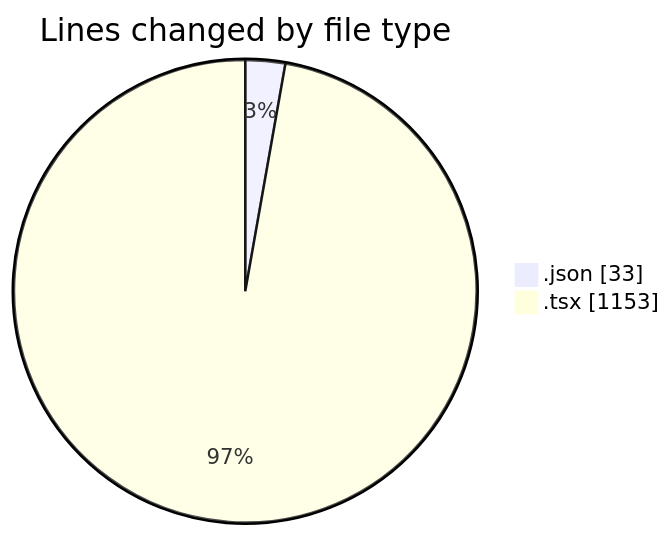
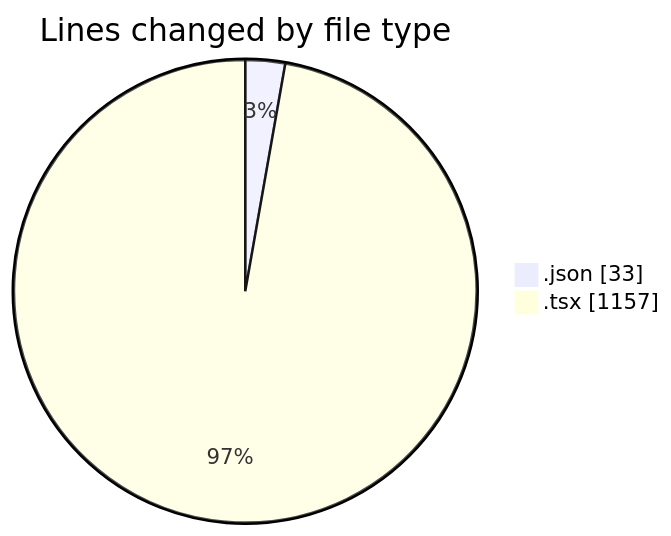
Before and after one commit to Elitesun/code-tracking: the first of 2 diagrams in 2025-03-11/projet_stage/README.md, drawn with Mermaid. The commit also changed other lines of this file and 1 other file, not shown here.

````diff
--- a/2025-03-11/projet_stage/README.md
+++ b/2025-03-11/projet_stage/README.md
@@ -30,6 +30,6 @@
 ```mermaid
 pie showData
 title Lines changed by file type
 ".json" : 33
-".tsx" : 1153
+".tsx" : 1157
 ```
````
